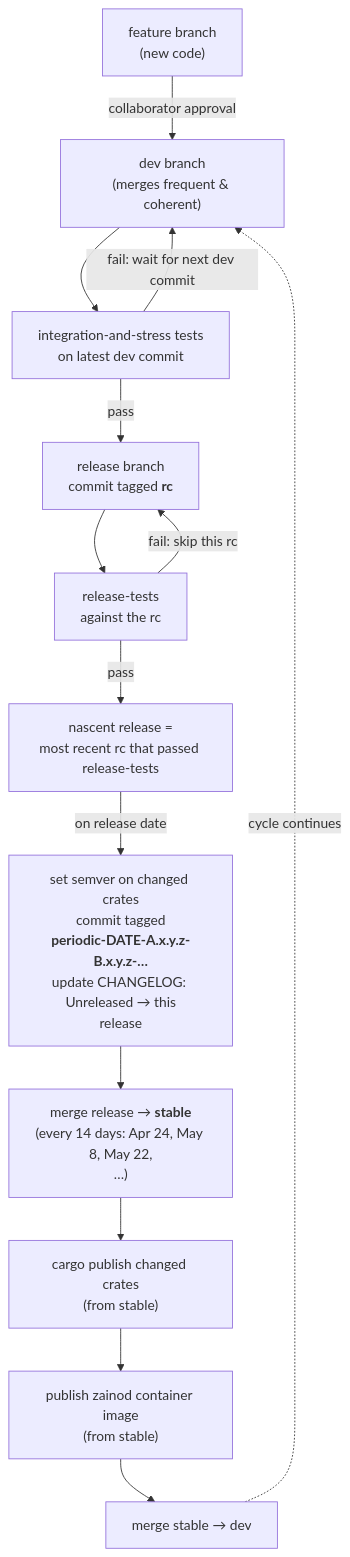
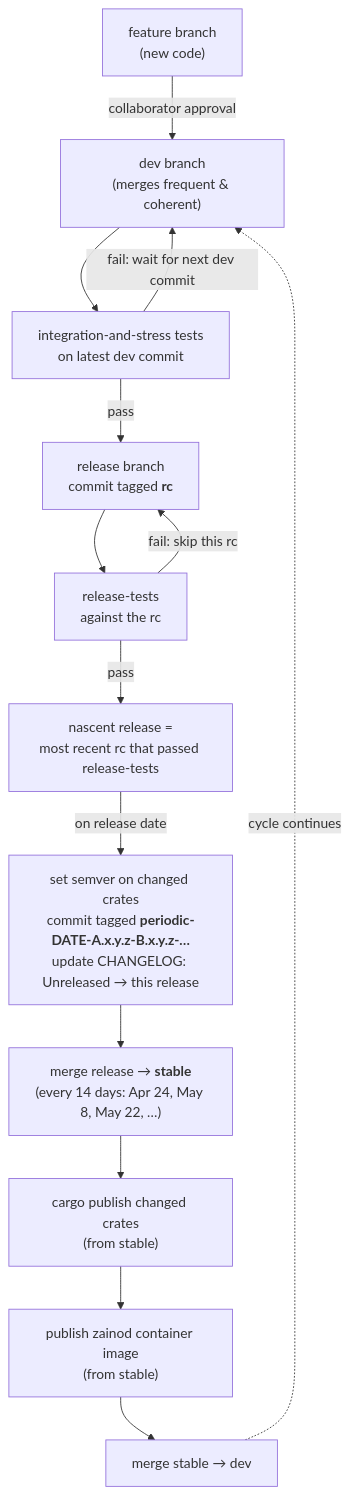
Before and after one commit to zingolabs/zaino: the diagram in docs/decision_records/release/periodic.md, drawn with Mermaid.

Commit message:
fix line wraps

````diff
--- a/docs/decision_records/release/periodic.md
+++ b/docs/decision_records/release/periodic.md
@@ -11,31 +11,28 @@
 ```mermaid
   flowchart TD
       FB["feature branch<br/>(new code)"]
       DEV["dev branch<br/>(merges frequent & coherent)"]
       INT["integration-and-stress tests<br/>on latest dev commit"]
       RC["release branch<br/>commit tagged <b>rc</b>"]
       REL_TEST["release-tests<br/>against the rc"]
       NASCENT["nascent release =<br/>most recent rc that passed release-tests"]
-      VER["set semver on changed crates<br/>commit tagged
-  <b>periodic-DATE-A.x.y.z-B.x.y.z-…</b><br/>update CHANGELOG: Unreleased → this
-  release"]
-      STABLE["merge release → <b>stable</b><br/>(every 14 days: Apr 24, May 8, May 22,
-  …)"]
+      VER["set semver on changed crates<br/>commit tagged <b>periodic-DATE-A.x.y.z-B.x.y.z-…</b><br/>update CHANGELOG: Unreleased → this release"]
+      STABLE["merge release → <b>stable</b><br/>(every 14 days: Apr 24, May 8, May 22, …)"]
       PUB["cargo publish changed crates<br/>(from stable)"]
       CONT["publish zainod container image<br/>(from stable)"]
       BACK["merge stable → dev"]
 
       FB -->|"collaborator approval"| DEV
       DEV --> INT
       INT -->|"fail: wait for next dev commit"| DEV
       INT -->|"pass"| RC
       RC --> REL_TEST
       REL_TEST -->|"fail: skip this rc"| RC
       REL_TEST -->|"pass"| NASCENT
       NASCENT -->|"on release date"| VER
       VER --> STABLE
       STABLE --> PUB
       PUB --> CONT
       CONT --> BACK
       BACK -.->|"cycle continues"| DEV
 ```
````
